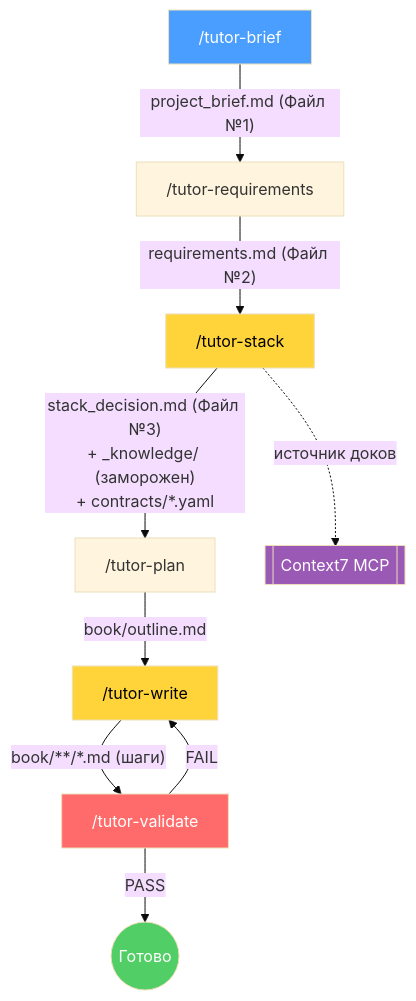
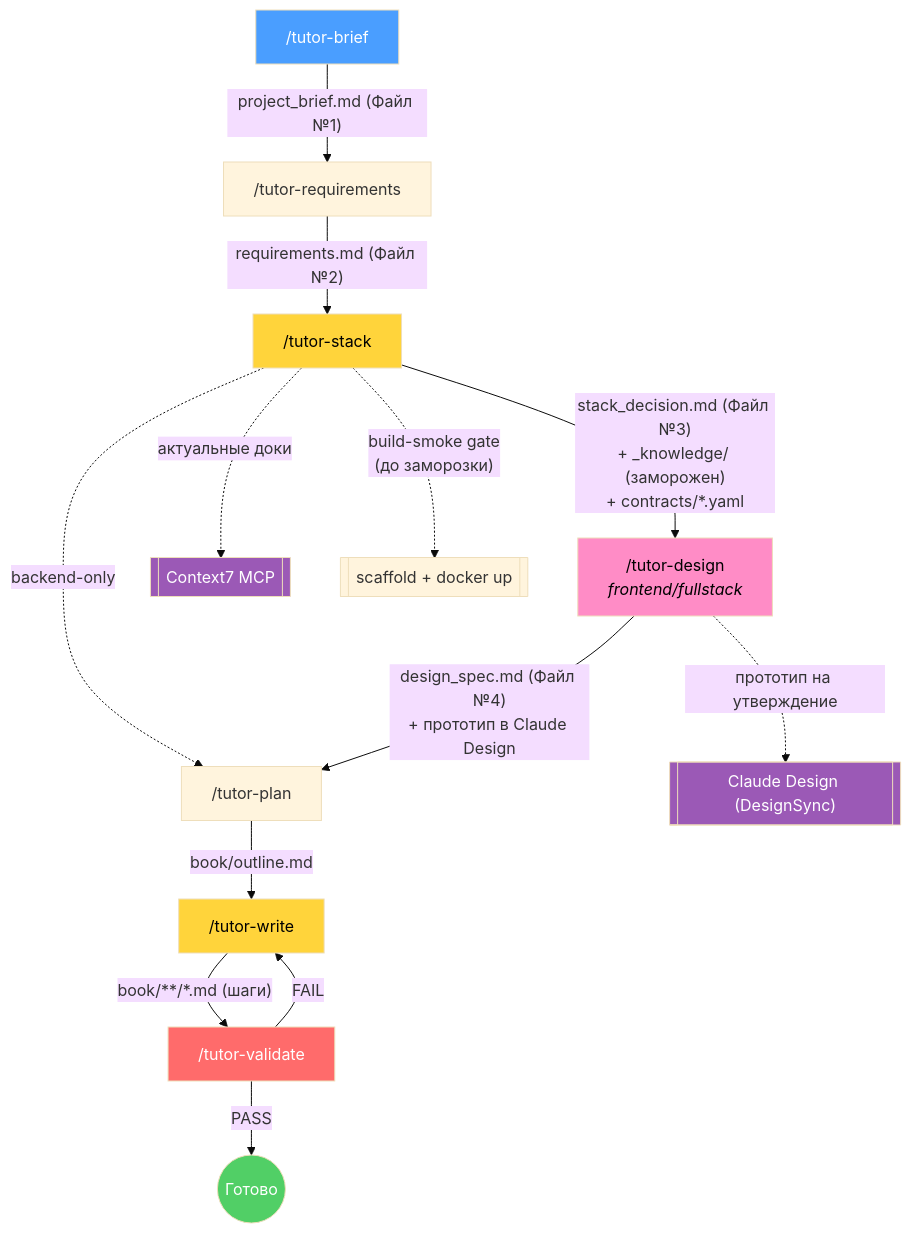
One commit to boboden541/code-tutor changed the diagram in README.md. Above: the diagram before and after it, drawn with Mermaid (base theme). The commit also changed other lines of this file, not shown here.

````diff
--- a/README.md
+++ b/README.md
@@ -76,19 +82,25 @@
 ```mermaid
 flowchart TD
     A["/tutor-brief"] -->|"project_brief.md (Файл №1)"| B["/tutor-requirements"]
     B -->|"requirements.md (Файл №2)"| C["/tutor-stack"]
-    C -->|"stack_decision.md (Файл №3)<br>+ _knowledge/ (заморожен)<br>+ contracts/*.yaml"| D["/tutor-plan"]
+    C -->|"stack_decision.md (Файл №3)<br>+ _knowledge/ (заморожен)<br>+ contracts/*.yaml"| DS["/tutor-design<br><i>frontend/fullstack</i>"]
+    C -.->|"backend-only"| D["/tutor-plan"]
+    DS -->|"design_spec.md (Файл №4)<br>+ прототип в Claude Design"| D
     D -->|"book/outline.md"| E["/tutor-write"]
     E -->|"book/**/*.md (шаги)"| F["/tutor-validate"]
     F -->|"PASS"| G(("Готово"))
     F -->|"FAIL"| E
 
-    C -.->|"источник доков"| X[["Context7 MCP"]]
+    C -.->|"актуальные доки"| X[["Context7 MCP"]]
+    C -.->|"build-smoke gate<br>(до заморозки)"| Y[["scaffold + docker up"]]
+    DS -.->|"прототип на утверждение"| Z[["Claude Design (DesignSync)"]]
 
     style A fill:#4a9eff,color:#fff
     style C fill:#ffd43b,color:#000
+    style DS fill:#ff8cc6,color:#000
     style E fill:#ffd43b,color:#000
     style F fill:#ff6b6b,color:#fff
     style G fill:#51cf66,color:#fff
     style X fill:#9b59b6,color:#fff
+    style Z fill:#9b59b6,color:#fff
 ```
````
